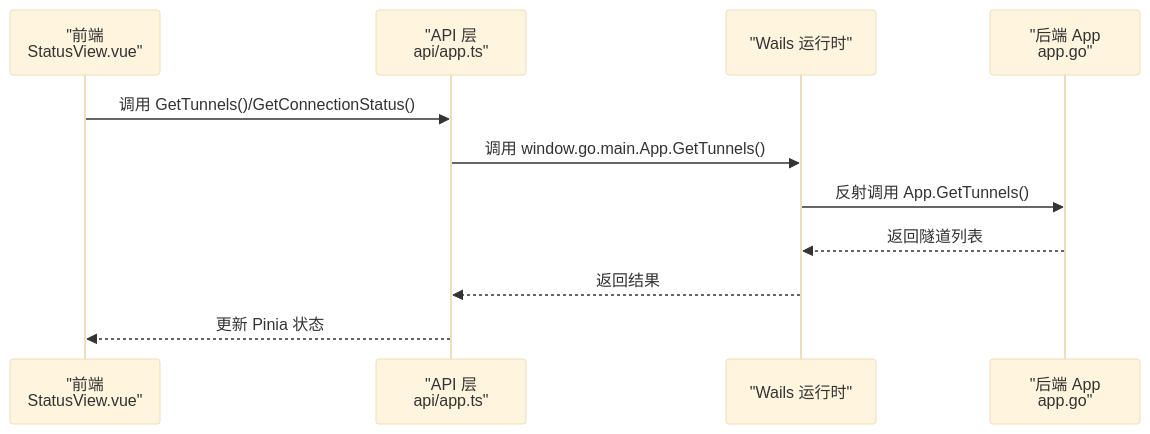
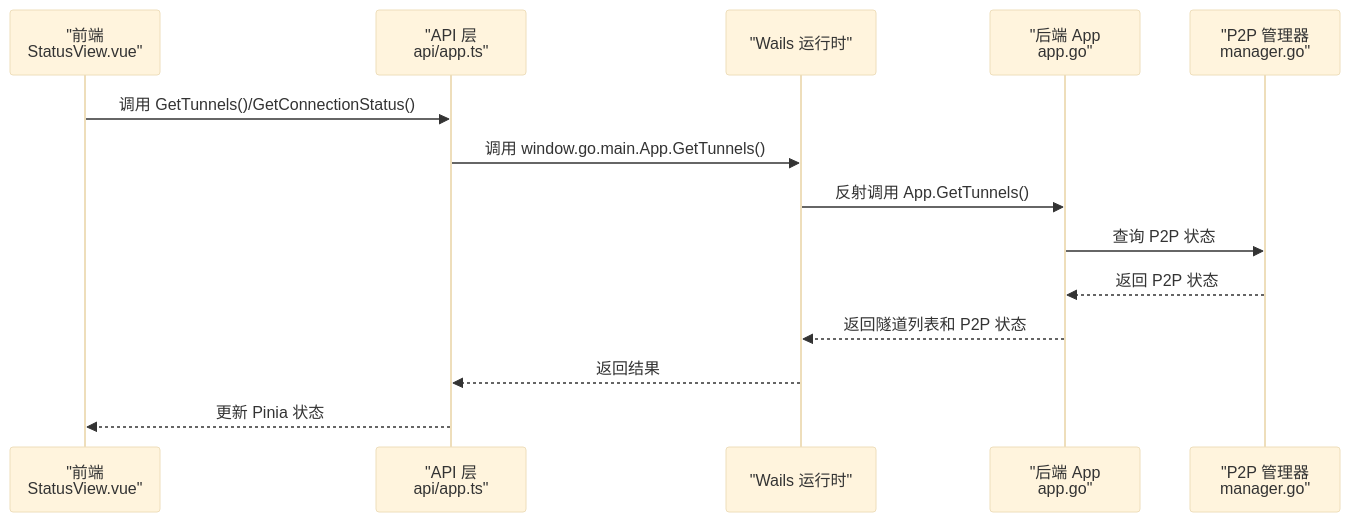
Before and after one commit to itsharex/NexTunnel: the second of 15 diagrams in .qoder/repowiki/zh/content/桌面端应用/桌面端应用.md, drawn with Mermaid (base theme). The commit also changed other lines of this file and 6 other files, not shown here.

First line of the commit message:
docs(progress): 更新项目进度，标记 Phase 2 完成并完善相关文档和视图

````diff
--- a/.qoder/repowiki/zh/content/桌面端应用/桌面端应用.md
+++ b/.qoder/repowiki/zh/content/桌面端应用/桌面端应用.md
@@ -90,13 +117,16 @@
 ```mermaid
 sequenceDiagram
 participant FE as "前端<br/>StatusView.vue"
 participant API as "API 层<br/>api/app.ts"
 participant RT as "Wails 运行时"
 participant BE as "后端 App<br/>app.go"
+participant PM as "P2P 管理器<br/>manager.go"
 FE->>API : 调用 GetTunnels()/GetConnectionStatus()
 API->>RT : 调用 window.go.main.App.GetTunnels()
 RT->>BE : 反射调用 App.GetTunnels()
-BE-->>RT : 返回隧道列表
+BE->>PM : 查询 P2P 状态
+PM-->>BE : 返回 P2P 状态
+BE-->>RT : 返回隧道列表和 P2P 状态
 RT-->>API : 返回结果
 API-->>FE : 更新 Pinia 状态
 ```
````
